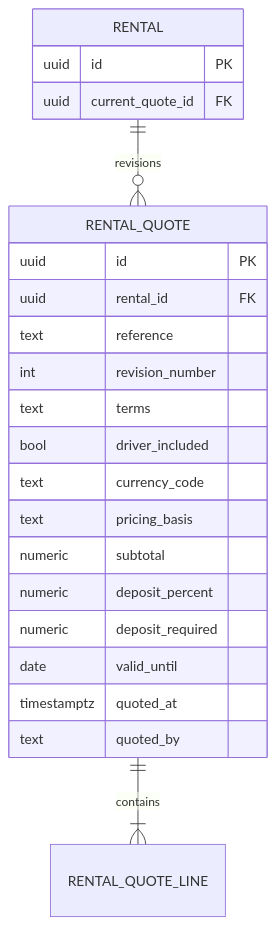
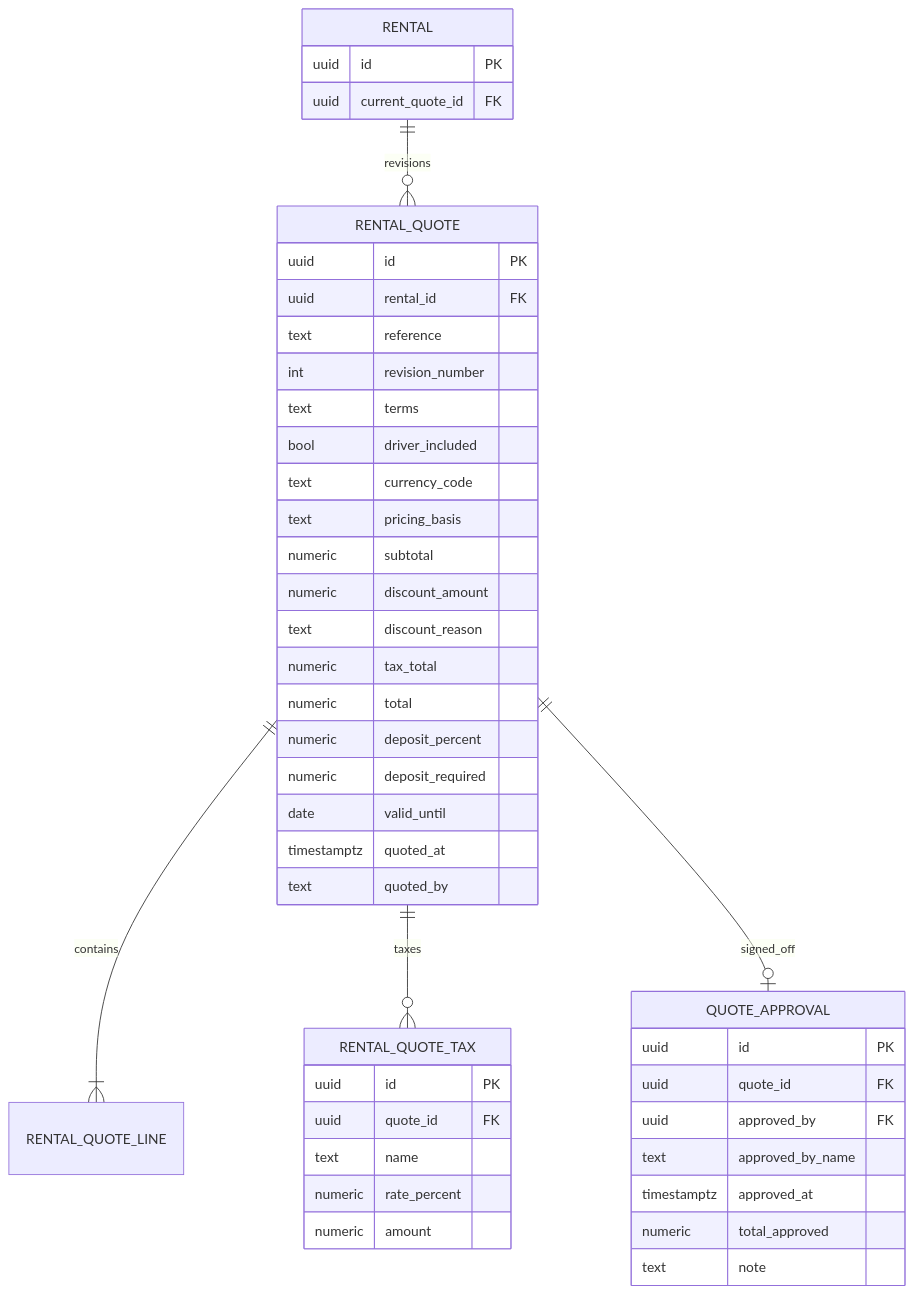
The fourth of 8 diagrams in docs/ERD.md (iwani1/Richie-RTS-), drawn with Mermaid before and after one commit. The commit also changed other lines of this file and 37 other files, not shown here.

First line of the commit message:
RNT-04: a quotation states its tax, discount and total, and above a figure a second person signs it (D-121)

````diff
--- a/docs/ERD.md
+++ b/docs/ERD.md
@@ -394,25 +394,47 @@
 ```mermaid
 erDiagram
   RENTAL ||--o{ RENTAL_QUOTE : revisions
   RENTAL_QUOTE ||--|{ RENTAL_QUOTE_LINE : contains
   RENTAL {
     uuid id PK
     uuid current_quote_id FK
   }
   RENTAL_QUOTE {
     uuid id PK
     uuid rental_id FK
     text reference
     int revision_number
     text terms
     bool driver_included
     text currency_code
     text pricing_basis
     numeric subtotal
+    numeric discount_amount
+    text discount_reason
+    numeric tax_total
+    numeric total
     numeric deposit_percent
     numeric deposit_required
     date valid_until
     timestamptz quoted_at
     text quoted_by
   }
+  RENTAL_QUOTE ||--o{ RENTAL_QUOTE_TAX : taxes
+  RENTAL_QUOTE ||--o| QUOTE_APPROVAL : signed_off
+  RENTAL_QUOTE_TAX {
+    uuid id PK
+    uuid quote_id FK
+    text name
+    numeric rate_percent
+    numeric amount
+  }
+  QUOTE_APPROVAL {
+    uuid id PK
+    uuid quote_id FK
+    uuid approved_by FK
+    text approved_by_name
+    timestamptz approved_at
+    numeric total_approved
+    text note
+  }
 ```
````
